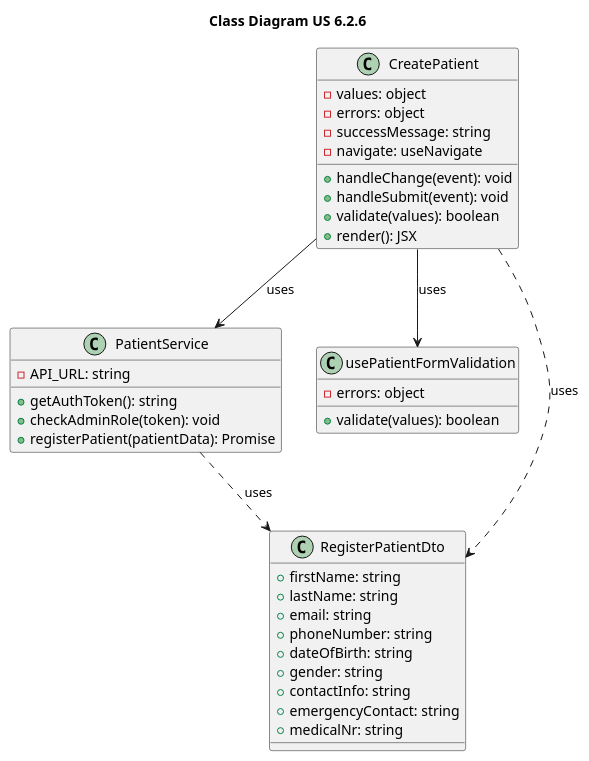
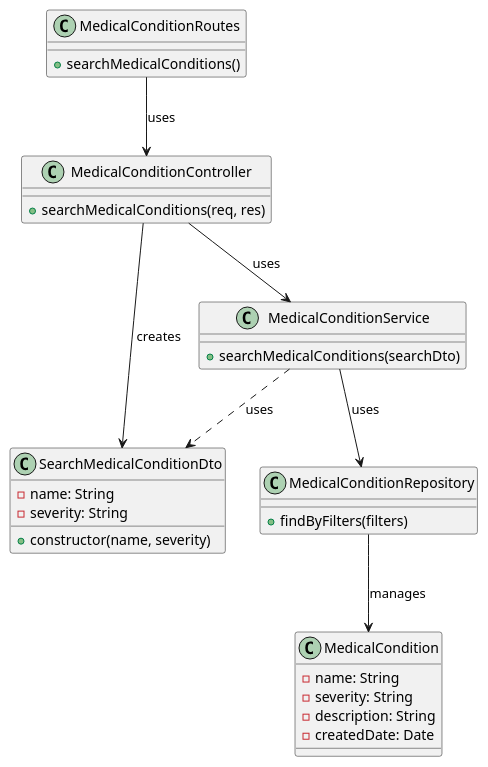
The diagram in docs/Sprint3/US 7.2.5/CD.puml (HugBar/3DC_G17), drawn with PlantUML before and after one commit. The commit also changed 3 other files, not shown here.

```diff
--- a/docs/Sprint3/US 7.2.5/CD.puml
+++ b/docs/Sprint3/US 7.2.5/CD.puml
@@ -1,44 +1,38 @@
-@startuml namespace class Diagram 
-title "Class Diagram US 6.2.6"
-
-class CreatePatient {
-    -values: object
-    -errors: object
-    -successMessage: string
-    -navigate: useNavigate
-    +handleChange(event): void
-    +handleSubmit(event): void
-    +validate(values): boolean
-    +render(): JSX
+@startuml
+class MedicalConditionRoutes {
+  +searchMedicalConditions()
 }
 
-class PatientService {
-    -API_URL: string
-    +getAuthToken(): string
-    +checkAdminRole(token): void
-    +registerPatient(patientData): Promise
+class MedicalConditionController {
+  +searchMedicalConditions(req, res)
 }
 
-class usePatientFormValidation {
-    -errors: object
-    +validate(values): boolean
+class SearchMedicalConditionDto {
+  -name: String
+  -severity: String
+  +constructor(name, severity)
 }
 
-class RegisterPatientDto {
-    +firstName: string
-    +lastName: string
-    +email: string
-    +phoneNumber: string
-    +dateOfBirth: string
-    +gender: string
-    +contactInfo: string
-    +emergencyContact: string
-    +medicalNr: string
+class MedicalConditionService {
+  +searchMedicalConditions(searchDto)
 }
 
-CreatePatient --> PatientService : uses
-CreatePatient --> usePatientFormValidation : uses
-CreatePatient ..> RegisterPatientDto : uses
-PatientService ..> RegisterPatientDto : uses
+class MedicalConditionRepository {
+  +findByFilters(filters)
+}
+
+class MedicalCondition {
+  -name: String
+  -severity: String
+  -description: String
+  -createdDate: Date
+}
+
+MedicalConditionRoutes --> MedicalConditionController : uses
+MedicalConditionController --> SearchMedicalConditionDto : creates
+MedicalConditionController --> MedicalConditionService : uses
+MedicalConditionService --> MedicalConditionRepository : uses
+MedicalConditionRepository --> MedicalCondition : manages
+MedicalConditionService ..> SearchMedicalConditionDto : uses
 
 @enduml
```
